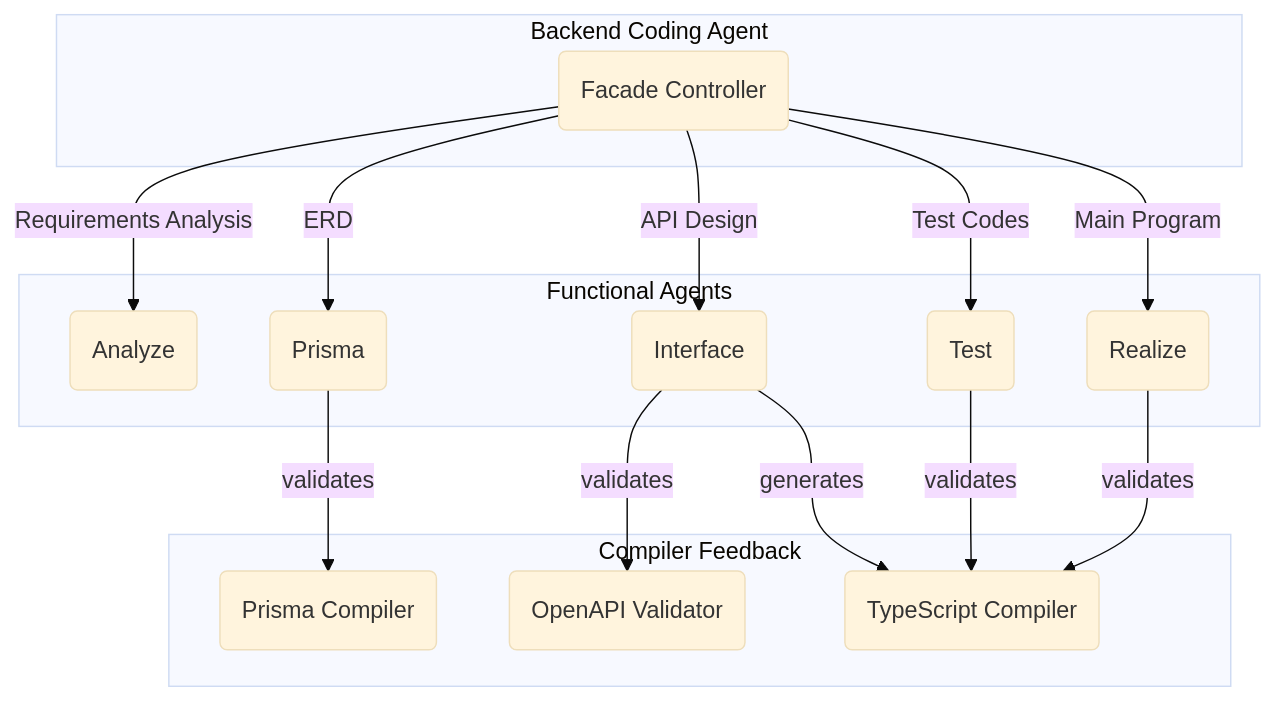
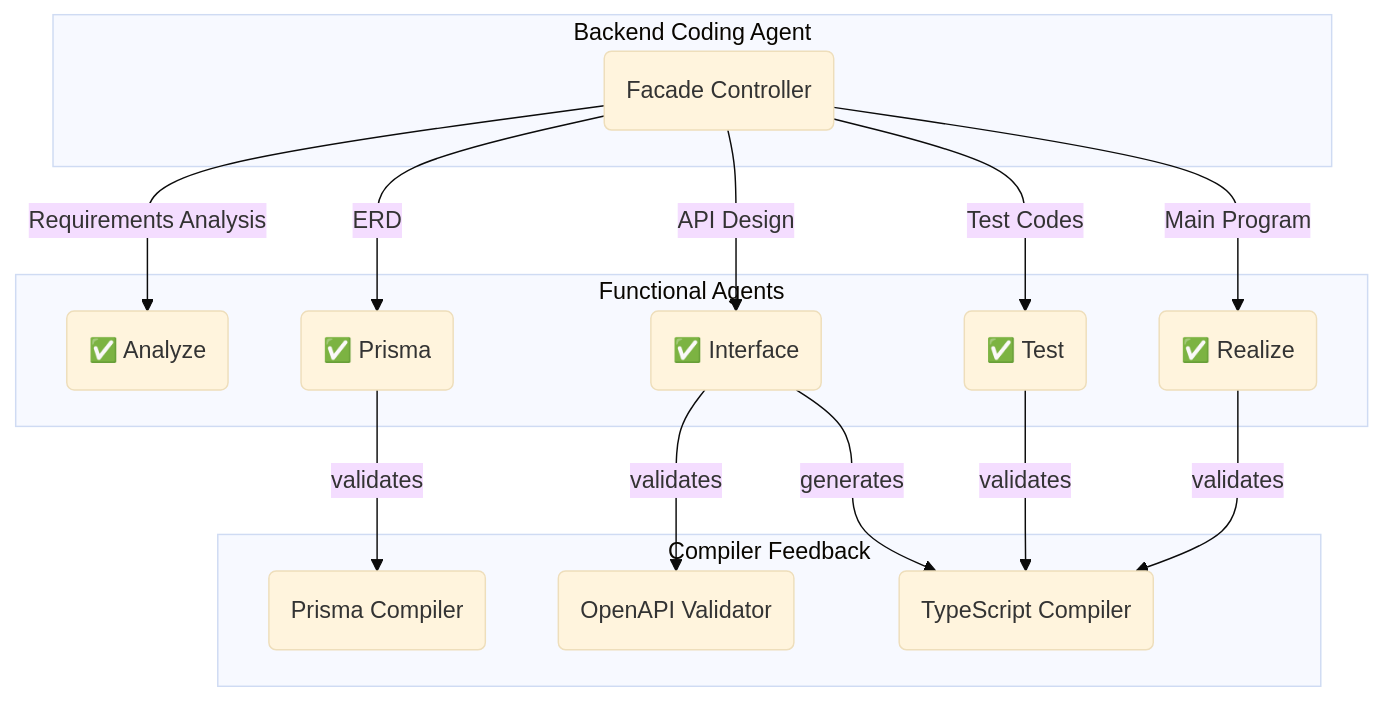
One commit to wrtnlabs/autobe-examples changed the diagram in anthropic/claude-haiku-4.5/todo/README.md. Above: the diagram before and after it, drawn with Mermaid (base theme). The commit also changed other lines of this file and 557 other files, not shown here.

````diff
--- a/anthropic/claude-haiku-4.5/todo/README.md
+++ b/anthropic/claude-haiku-4.5/todo/README.md
@@ -14,20 +14,20 @@
 ```mermaid
 flowchart
 subgraph "Backend Coding Agent"
   coder("Facade Controller")
 end
 subgraph "Functional Agents"
-  coder --"Requirements Analysis"--> analyze("Analyze")
-  coder --"ERD"--> prisma("Prisma")
-  coder --"API Design"--> interface("Interface")
-  coder --"Test Codes" --> test("Test")
-  coder --"Main Program" --> realize("Realize")
+  coder --"Requirements Analysis"--> analyze("✅ Analyze")
+  coder --"ERD"--> prisma("✅ Prisma")
+  coder --"API Design"--> interface("✅ Interface")
+  coder --"Test Codes" --> test("✅ Test")
+  coder --"Main Program" --> realize("✅ Realize")
 end
 subgraph "Compiler Feedback"
   prisma --"validates" --> prismaCompiler("Prisma Compiler")
   interface --"validates" --> openapiValidator("OpenAPI Validator")
   interface --"generates" --> tsCompiler("TypeScript Compiler")
   test --"validates" --> tsCompiler("TypeScript Compiler")
   realize --"validates" --> tsCompiler("TypeScript Compiler")
 end
 ```
````
